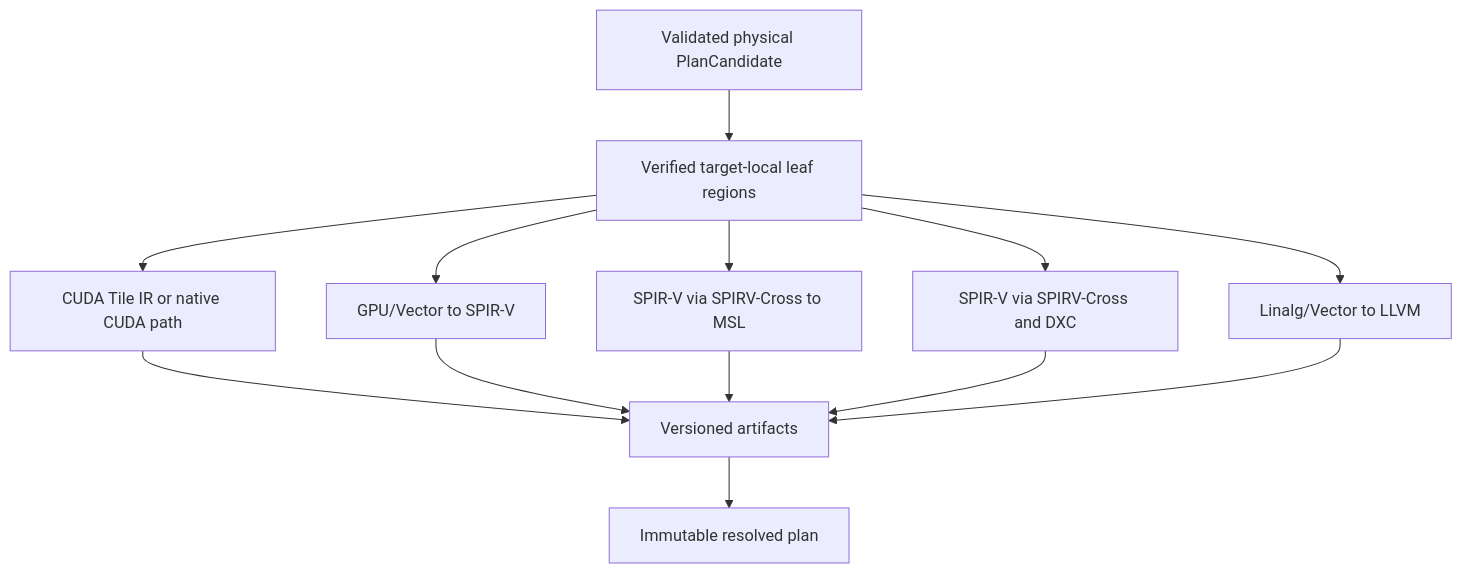
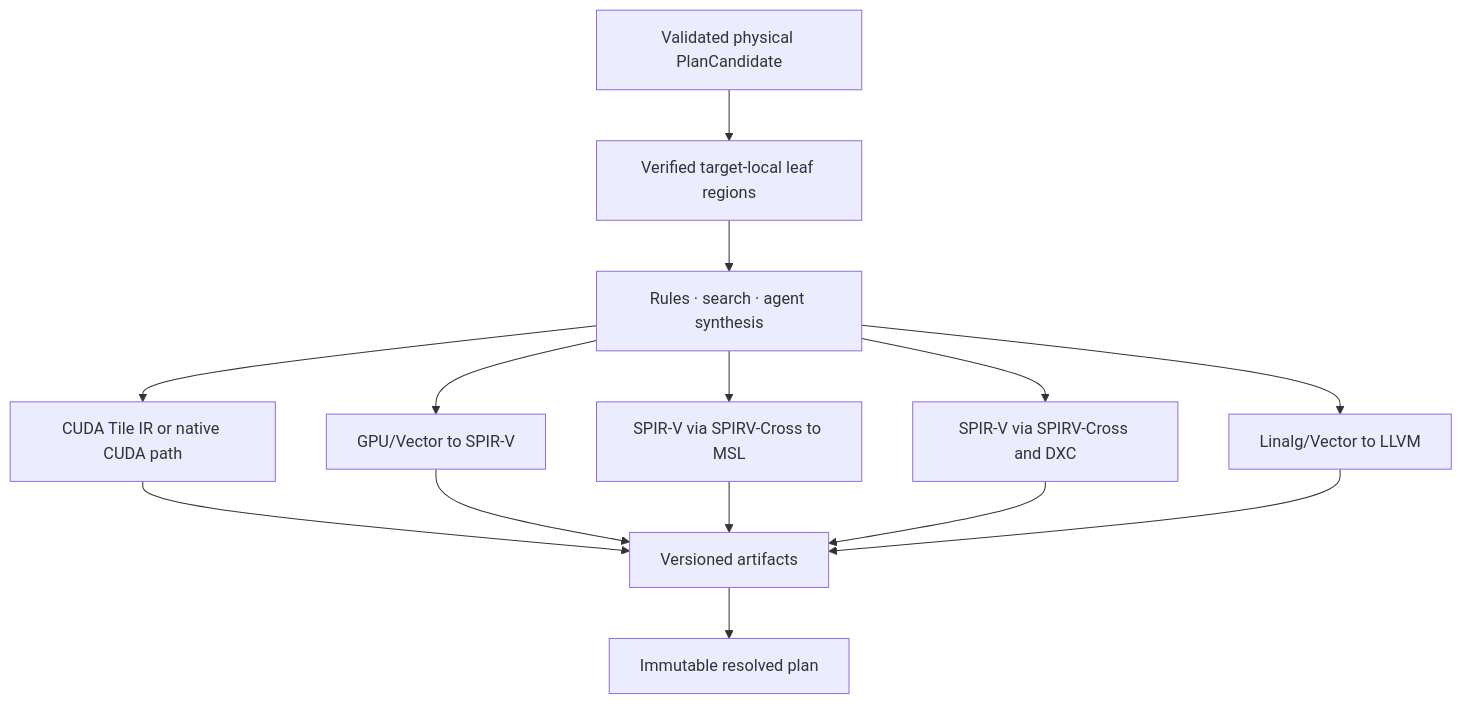
The diagram in specs/future/backend_lowering.md (morphling666/VernonDSL), drawn with Mermaid before and after one commit. The commit also changed other lines of this file and 6 other files, not shown here.

````diff
--- a/specs/future/backend_lowering.md
+++ b/specs/future/backend_lowering.md
@@ -34,25 +41,26 @@
 ```mermaid
 flowchart TB
     Plan["Validated physical PlanCandidate"]
     Leaves["Verified target-local leaf regions"]
+    Generate["Rules · search · agent synthesis"]
     CUDA["CUDA Tile IR or native CUDA path"]
     SPIRV["GPU/Vector to SPIR-V"]
     Metal["SPIR-V via SPIRV-Cross to MSL"]
     DX["SPIR-V via SPIRV-Cross and DXC"]
     CPU["Linalg/Vector to LLVM"]
     Artifacts["Versioned artifacts"]
     Resolved["Immutable resolved plan"]
 
-    Plan --> Leaves
-    Leaves --> CUDA
-    Leaves --> SPIRV
-    Leaves --> Metal
-    Leaves --> DX
-    Leaves --> CPU
+    Plan --> Leaves --> Generate
+    Generate --> CUDA
+    Generate --> SPIRV
+    Generate --> Metal
+    Generate --> DX
+    Generate --> CPU
     CUDA --> Artifacts
     SPIRV --> Artifacts
     Metal --> Artifacts
     DX --> Artifacts
     CPU --> Artifacts
     Artifacts --> Resolved
 ```
````
